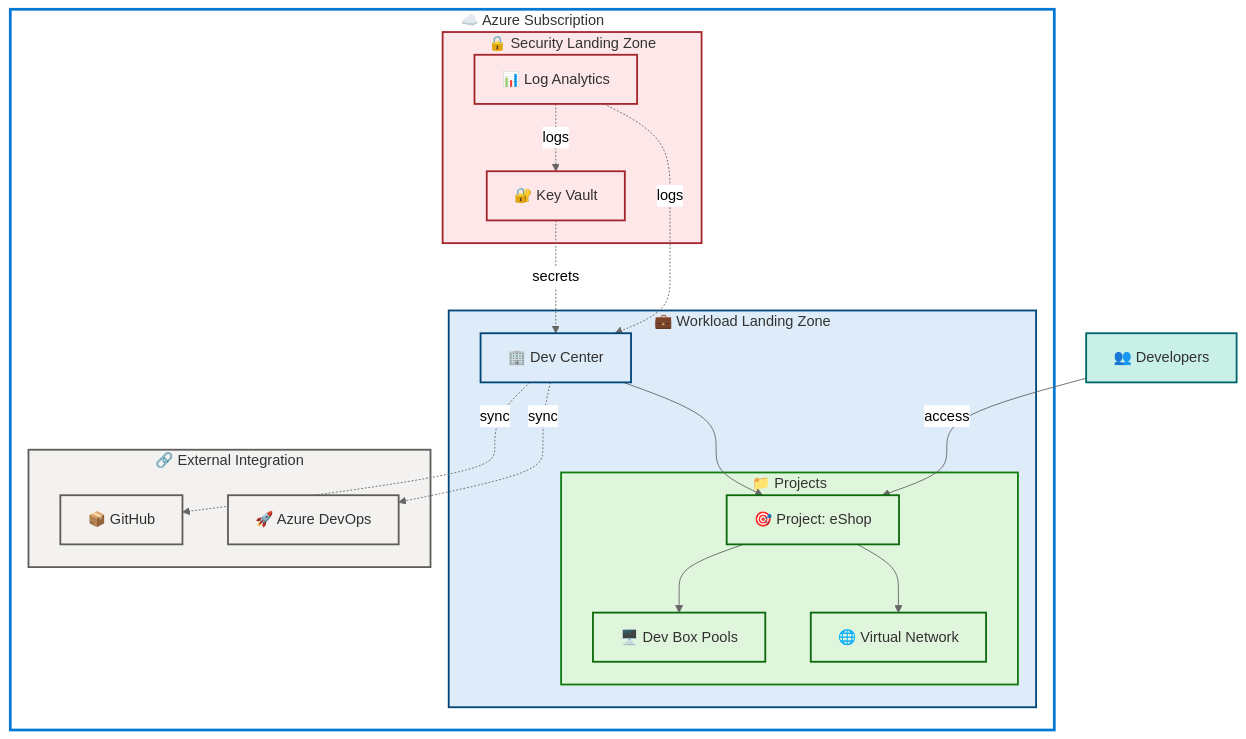
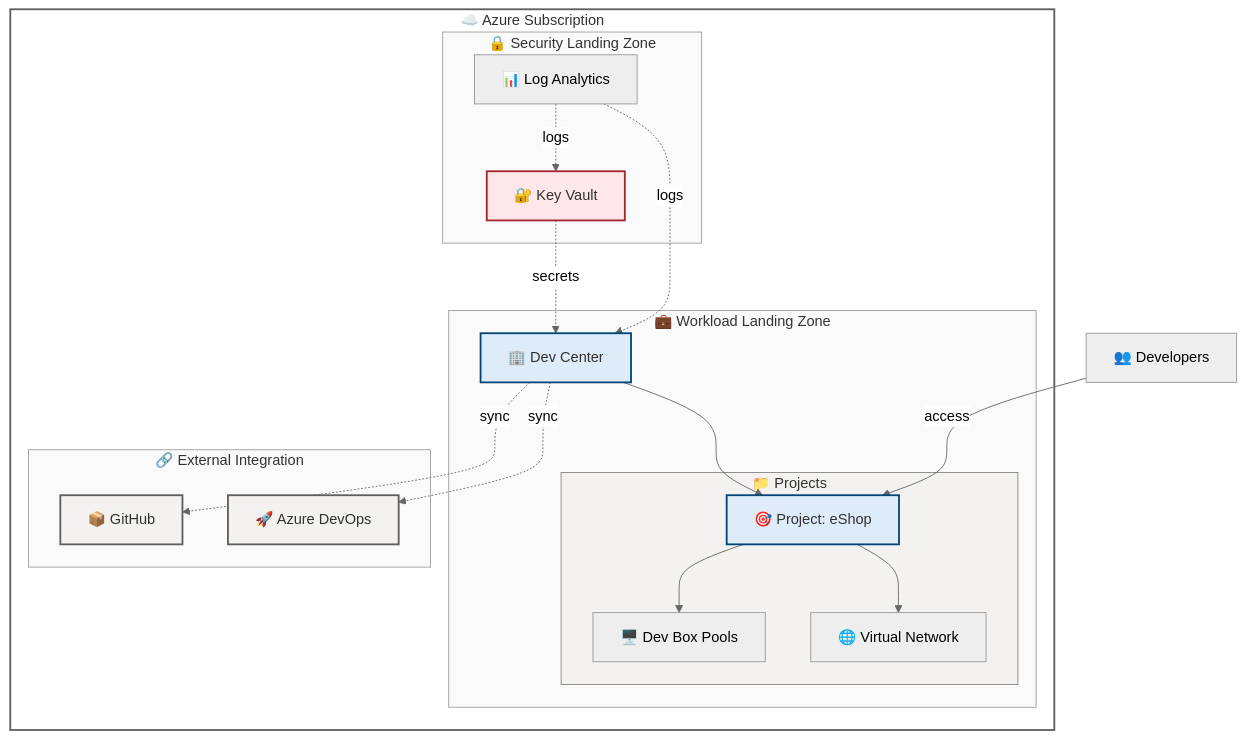
Before and after one commit to Evilazaro/DevExp-DevBox: the diagram in README.md, drawn with Mermaid (neutral theme).

Commit message:
fix: update architecture diagram for improved semantic clarity and accessibility

````diff
--- a/README.md
+++ b/README.md
@@ -43,69 +43,66 @@
 ```mermaid
 graph TB
     accTitle: Dev Box Architecture
     accDescr: Azure Dev Box infrastructure showing Security Landing Zone with Key Vault and Log Analytics, Workload Landing Zone with DevCenter and Projects, and External Integration with GitHub and Azure DevOps. WCAG AA compliant with 4.5:1 contrast ratios.
 
     %% ═══════════════════════════════════════════════════════════════════════════
     %% AZURE / FLUENT ARCHITECTURE PATTERN v1.1
     %% (Semantic + Structural + Font + Accessibility Governance)
     %% ═══════════════════════════════════════════════════════════════════════════
-    %% PHASE 1 - STRUCTURAL: TB direction explicit, flat topology, nesting = 3 levels
-    %% PHASE 2 - SEMANTIC: 5 semantic colors justified by function:
-    %%   Security=azureOrange, Workload=azureBlue, Data=azureGreen,
-    %%   External=neutralGrey, Actors=azureTeal (within 5 class limit)
-    %% PHASE 3 - FONT: Dark text #323130 on all light 100-level backgrounds (WCAG AA 4.5:1)
-    %%   Special: Security #FDE7E9, Workload #DEECF9, Data #DFF6DD, External #F3F2F1, Actors #C8F0E7
+    %% PHASE 1 - STRUCTURAL: TB direction explicit, neutral containers, nesting = 3 levels
+    %% PHASE 2 - SEMANTIC: 3 semantic classes with architectural justification:
+    %%   Security nodes (orange) = access control components (Key Vault, secrets)
+    %%   Core workload nodes (blue) = primary infrastructure (DevCenter, Projects)
+    %%   External nodes (neutral grey) = third-party integrations (GitHub, Azure DevOps)
+    %% PHASE 3 - FONT: Dark text #323130 on light backgrounds (WCAG AA 4.5:1 contrast)
     %% PHASE 4 - ACCESSIBILITY: accTitle/accDescr present, all nodes have emoji icons
-    %% PHASE 5 - STANDARD: Governance block present, style directives for all 5 subgraphs,
-    %%   classDef declarations centralized, node count = 10 (within 50 limit)
+    %% PHASE 5 - STANDARD: Neutral-first containers, semantic colors only on content nodes
     %% ═══════════════════════════════════════════════════════════════════════════
 
     subgraph AZSUB["☁️ Azure Subscription"]
         subgraph SECLZ["🔒 Security Landing Zone"]
-            KV["🔐 Key Vault"]:::azureOrange
-            LA["📊 Log Analytics"]:::azureOrange
+            KV["🔐 Key Vault"]:::security
+            LA["📊 Log Analytics"]
         end
 
         subgraph WKLZ["💼 Workload Landing Zone"]
-            DC["🏢 Dev Center"]:::azureBlue
+            DC["🏢 Dev Center"]:::core
 
             subgraph PROJ["📁 Projects"]
-                P1["🎯 Project: eShop"]:::azureGreen
-                POOL1["🖥️ Dev Box Pools"]:::azureGreen
-                NET1["🌐 Virtual Network"]:::azureGreen
+                P1["🎯 Project: eShop"]:::core
+                POOL1["🖥️ Dev Box Pools"]
+                NET1["🌐 Virtual Network"]
                 P1 --> POOL1
                 P1 --> NET1
             end
 
             DC --> P1
         end
 
         KV -.->|secrets| DC
         LA -.->|logs| DC
         LA -.->|logs| KV
 
         subgraph EXTINT["🔗 External Integration"]
-            GH["📦 GitHub"]:::neutralGrey
-            ADO["🚀 Azure DevOps"]:::neutralGrey
+            GH["📦 GitHub"]:::external
+            ADO["🚀 Azure DevOps"]:::external
         end
 
         DC -.->|sync| GH
         DC -.->|sync| ADO
     end
 
-    DEV["👥 Developers"]:::azureTeal -->|access| P1
+    DEV["👥 Developers"] -->|access| P1
 
-    %% Centralized classDefs (5 semantic classes)
-    classDef azureBlue fill:#DEECF9,stroke:#004578,stroke-width:2px,color:#323130
-    classDef azureGreen fill:#DFF6DD,stroke:#0B6A0B,stroke-width:2px,color:#323130
-    classDef azureOrange fill:#FDE7E9,stroke:#A4262C,stroke-width:2px,color:#323130
-    classDef azureTeal fill:#C8F0E7,stroke:#00666B,stroke-width:2px,color:#323130
-    classDef neutralGrey fill:#F3F2F1,stroke:#605E5C,stroke-width:2px,color:#323130
+    %% Centralized classDefs (3 semantic classes - reduced from 5)
+    classDef security fill:#FDE7E9,stroke:#A4262C,stroke-width:2px,color:#323130
+    classDef core fill:#DEECF9,stroke:#004578,stroke-width:2px,color:#323130
+    classDef external fill:#F3F2F1,stroke:#605E5C,stroke-width:2px,color:#323130
 
-    %% Subgraph styling (5 subgraphs = 5 style directives)
-    style AZSUB fill:#FFFFFF,stroke:#0078D4,stroke-width:3px
-    style SECLZ fill:#FDE7E9,stroke:#A4262C,stroke-width:2px
-    style WKLZ fill:#DEECF9,stroke:#004578,stroke-width:2px
-    style PROJ fill:#DFF6DD,stroke:#107C10,stroke-width:2px
-    style EXTINT fill:#F3F2F1,stroke:#605E5C,stroke-width:2px
+    %% Subgraph styling (5 subgraphs = 5 neutral style directives)
+    style AZSUB fill:#FFFFFF,stroke:#605E5C,stroke-width:2px
+    style SECLZ fill:#FAFAFA,stroke:#A19F9D,stroke-width:1px
+    style WKLZ fill:#FAFAFA,stroke:#A19F9D,stroke-width:1px
+    style PROJ fill:#F3F2F1,stroke:#8A8886,stroke-width:1px
+    style EXTINT fill:#FAFAFA,stroke:#A19F9D,stroke-width:1px
 ```
````
